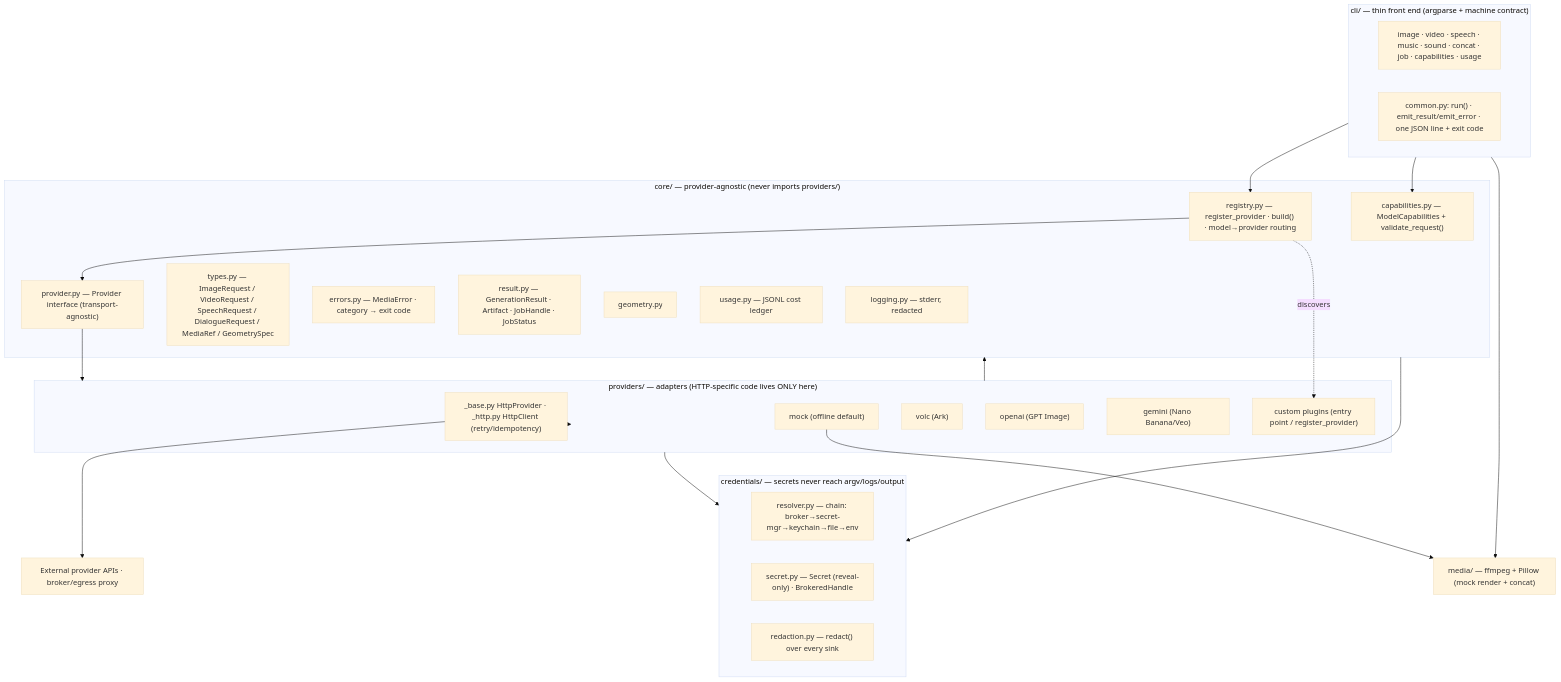
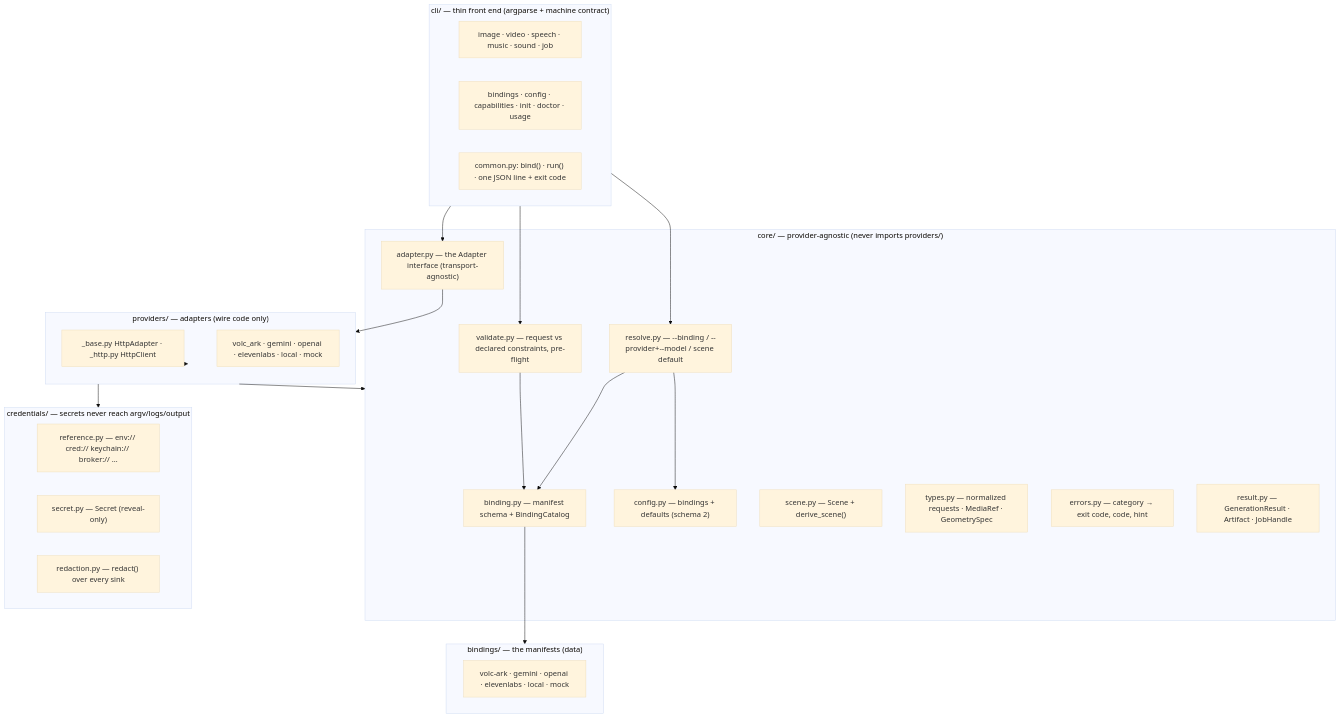
The first of 2 diagrams in docs/ARCHITECTURE.md (BrandoZhang/media-ai), drawn with Mermaid (base theme) before and after one commit. The commit also changed other lines of this file and 135 other files, not shown here.

First line of the commit message:
BREAKING: make Binding = (provider, model) the unit of integration (v0.4.0) (#18)

````diff
--- a/docs/ARCHITECTURE.md
+++ b/docs/ARCHITECTURE.md
@@ -11,50 +42,47 @@
 ```mermaid
 flowchart TB
     subgraph CLI["cli/ — thin front end (argparse + machine contract)"]
-        C1["image · video · speech · music · sound · concat · job · capabilities · usage"]
-        C3["common.py: run() · emit_result/emit_error · one JSON line + exit code"]
+        C1["image · video · speech · music · sound · job"]
+        C2["bindings · config · capabilities · init · doctor · usage"]
+        C3["common.py: bind() · run() · one JSON line + exit code"]
     end
 
     subgraph CORE["core/ — provider-agnostic (never imports providers/)"]
-        R["registry.py — register_provider · build() · model→provider routing"]
-        P["provider.py — Provider interface (transport-agnostic)"]
-        T["types.py — ImageRequest / VideoRequest / SpeechRequest / DialogueRequest / MediaRef / GeometrySpec"]
-        CAP["capabilities.py — ModelCapabilities + validate_request()"]
-        ERR["errors.py — MediaError · category → exit code"]
-        RES["result.py — GenerationResult · Artifact · JobHandle · JobStatus"]
-        GEO["geometry.py"]
-        USG["usage.py — JSONL cost ledger"]
-        LOG["logging.py — stderr, redacted"]
+        B["binding.py — manifest schema + BindingCatalog"]
+        R["resolve.py — --binding / --provider+--model / scene default"]
+        CF["config.py — bindings + defaults (schema 2)"]
+        S["scene.py — Scene + derive_scene()"]
+        V["validate.py — request vs declared constraints, pre-flight"]
+        A["adapter.py — the Adapter interface (transport-agnostic)"]
+        T["types.py — normalized requests · MediaRef · GeometrySpec"]
+        ERR["errors.py — category → exit code, code, hint"]
+        RES["result.py — GenerationResult · Artifact · JobHandle"]
+    end
+
+    subgraph MAN["bindings/ — the manifests (data)"]
+        M1["volc-ark · gemini · openai · elevenlabs · local · mock"]
+    end
+
+    subgraph PROV["providers/ — adapters (wire code only)"]
+        BASE["_base.py HttpAdapter · _http.py HttpClient"]
+        IMPL["volc_ark · gemini · openai · elevenlabs · local · mock"]
     end
 
     subgraph CRED["credentials/ — secrets never reach argv/logs/output"]
-        RSV["resolver.py — chain: broker→secret-mgr→keychain→file→env"]
-        SEC["secret.py — Secret (reveal-only) · BrokeredHandle"]
+        REF["reference.py — env:// cred:// keychain:// broker:// …"]
+        SEC["secret.py — Secret (reveal-only)"]
         RED["redaction.py — redact() over every sink"]
     end
 
-    subgraph PROV["providers/ — adapters (HTTP-specific code lives ONLY here)"]
-        BASE["_base.py HttpProvider · _http.py HttpClient (retry/idempotency)"]
-        MOCK["mock (offline default)"]
-        VOLC["volc (Ark)"]
-        OAI["openai (GPT Image)"]
-        GEM["gemini (Nano Banana/Veo)"]
-        EXT["custom plugins (entry point / register_provider)"]
-    end
-
-    MEDIA["media/ — ffmpeg + Pillow (mock render + concat)"]
-    EXTAPI["External provider APIs · broker/egress proxy"]
-
     CLI --> R
-    CLI --> CAP
-    R --> P
-    R -.discovers.-> EXT
-    P --> PROV
+    R --> CF
+    R --> B
+    B --> MAN
+    CLI --> V
+    V --> B
+    CLI --> A
+    A --> PROV
     PROV --> BASE
     PROV --> CORE
     PROV --> CRED
-    BASE --> EXTAPI
-    MOCK --> MEDIA
-    CLI --> MEDIA
-    CORE --> CRED
 ```
````
